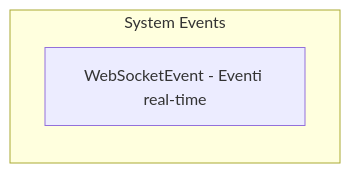
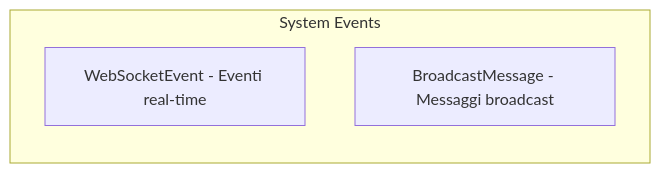
One commit to pagliagen/tenpennynovels changed diagram 14 of 14 in docs/tecnica/infrastructure/mongodb-schemas.md. Above: the diagram before and after it, drawn with Mermaid. The commit also changed other lines of this file and 523 other files, not shown here.

````diff
--- a/docs/tecnica/infrastructure/mongodb-schemas.md
+++ b/docs/tecnica/infrastructure/mongodb-schemas.md
@@ -149,6 +173,7 @@
 ```mermaid
 flowchart LR
     subgraph Events["System Events"]
         WebSocketEvent[WebSocketEvent - Eventi real-time]
+        BroadcastMessage[BroadcastMessage - Messaggi broadcast]
     end
 ```
````
